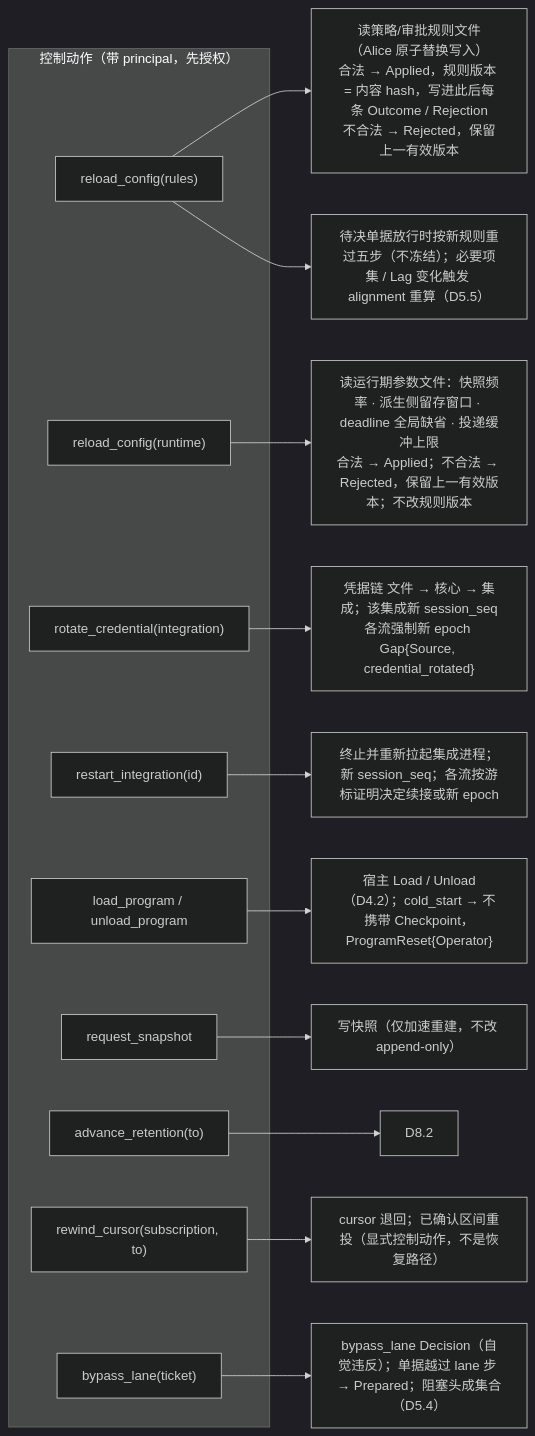
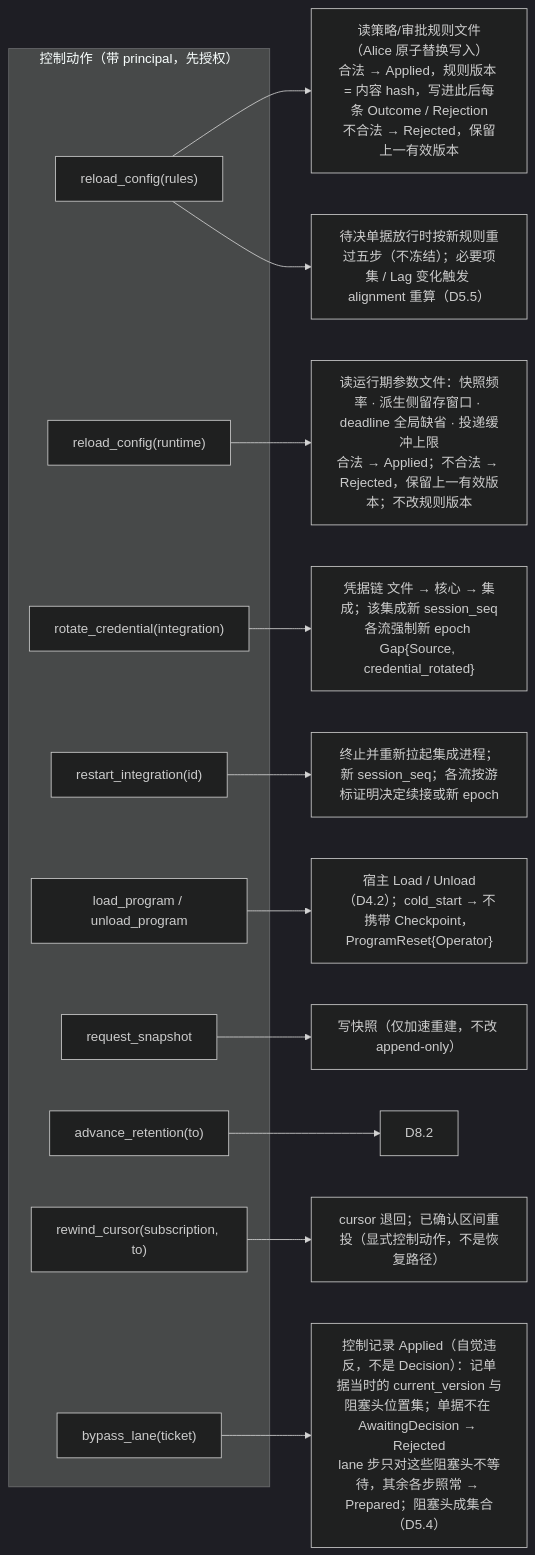
The fourth of 5 diagrams in design/diagrams/09-alice-session.md (mouriya-s-lab/uta), drawn with Mermaid (dark theme) before and after one commit. The commit also changed other lines of this file and 17 other files, not shown here.

Commit message:
design: fix review contradictions — bypass as lane control record, per-leg blocking-head key, positions per identity, orders completeness only before compaction, readiness/backfill split, uses graph and writer tables, Starting semantics, references

````diff
--- a/design/diagrams/09-alice-session.md
+++ b/design/diagrams/09-alice-session.md
@@ -124,24 +124,24 @@
 ```mermaid
 flowchart LR
   subgraph ACT["控制动作（带 principal，先授权）"]
     A1["reload_config(rules)"]
     A1r["reload_config(runtime)"]
     A2["rotate_credential(integration)"]
     A3["restart_integration(id)"]
     A4["load_program / unload_program"]
     A5["request_snapshot"]
     A6["advance_retention(to)"]
     A7["rewind_cursor(subscription, to)"]
     A8["bypass_lane(ticket)"]
   end
   A1 --> F1["读策略/审批规则文件（Alice 原子替换写入）<br/>合法 → Applied，规则版本 = 内容 hash，写进此后每条 Outcome / Rejection<br/>不合法 → Rejected，保留上一有效版本"]
   A1 --> F1b["待决单据放行时按新规则重过五步（不冻结）；必要项集 / Lag 变化触发 alignment 重算（D5.5）"]
   A1r --> F1c["读运行期参数文件：快照频率 · 派生侧留存窗口 · deadline 全局缺省 · 投递缓冲上限<br/>合法 → Applied；不合法 → Rejected，保留上一有效版本；不改规则版本"]
   A2 --> F2["凭据链 文件 → 核心 → 集成；该集成新 session_seq<br/>各流强制新 epoch Gap{Source, credential_rotated}"]
   A3 --> F3["终止并重新拉起集成进程；新 session_seq；各流按游标证明决定续接或新 epoch"]
   A4 --> F4["宿主 Load / Unload（D4.2）；cold_start → 不携带 Checkpoint，ProgramReset{Operator}"]
   A5 --> F5["写快照（仅加速重建，不改 append-only）"]
   A6 --> F6["D8.2"]
   A7 --> F7["cursor 退回；已确认区间重投（显式控制动作，不是恢复路径）"]
-  A8 --> F8["bypass_lane Decision（自觉违反）；单据越过 lane 步 → Prepared；阻塞头成集合（D5.4）"]
+  A8 --> F8["控制记录 Applied（自觉违反，不是 Decision）：记单据当时的 current_version 与阻塞头位置集；单据不在 AwaitingDecision → Rejected<br/>lane 步只对这些阻塞头不等待，其余各步照常 → Prepared；阻塞头成集合（D5.4）"]
 ```
````
